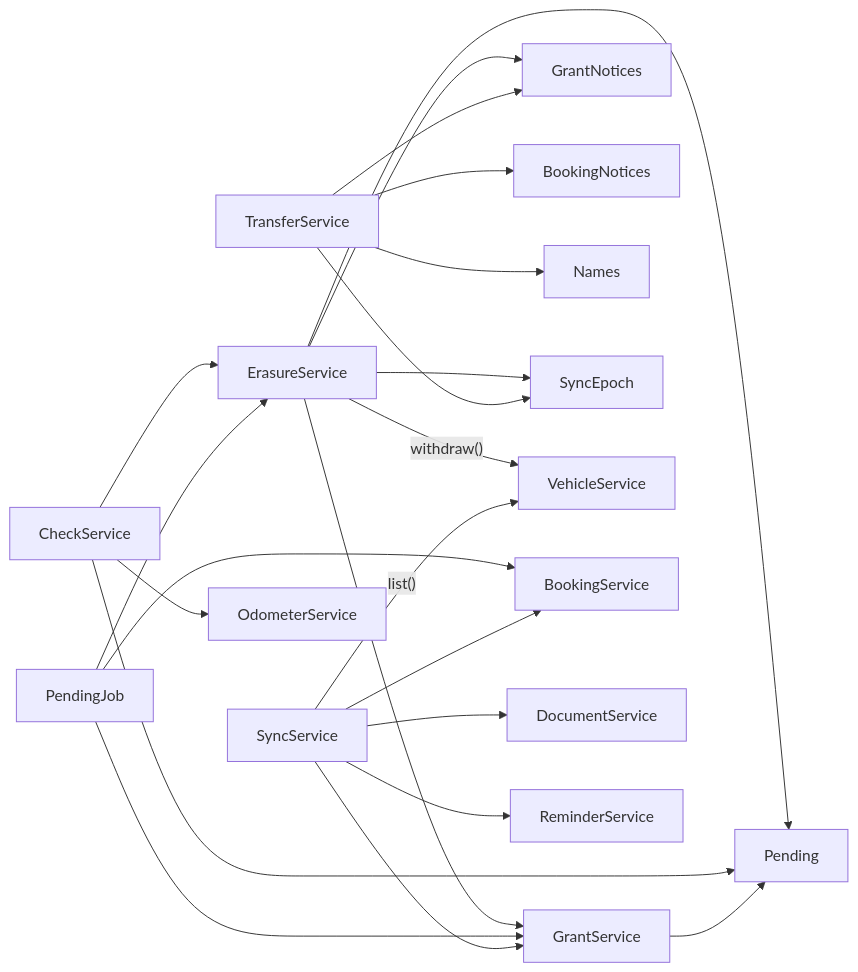
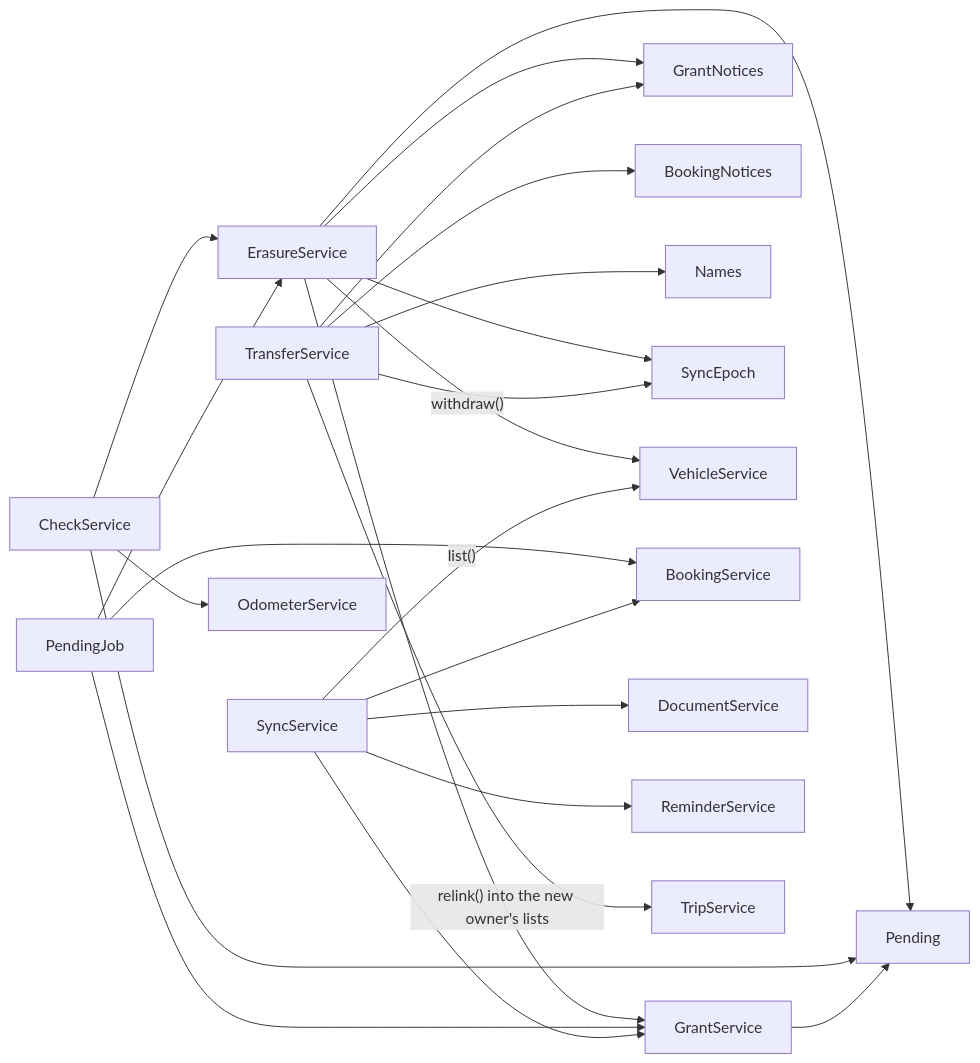
Before and after one commit to typical42/next-fleet: the seventh of 12 diagrams in docs/design/components.md, drawn with Mermaid. The commit also changed other lines of this file and 205 other files, not shown here.

````diff
--- a/docs/design/components.md
+++ b/docs/design/components.md
@@ -195,27 +231,29 @@
 ```mermaid
 flowchart LR
     Erasure["ErasureService"]
     Transfer["TransferService"]
     Check["CheckService"]
     Sync["SyncService"]
     PendingJob["PendingJob"]
     Grant["GrantService"]
     GrantNotices["GrantNotices"]
     BookingNotices["BookingNotices"]
     Names["Names"]
     Pending["Pending"]
     Epoch["SyncEpoch"]
     Vehicle["VehicleService"]
     Odometer["OdometerService"]
     Booking["BookingService"]
     Document["DocumentService"]
     Reminder["ReminderService"]
+    Trip["TripService"]
     Erasure --> Grant & GrantNotices & Pending & Epoch
     Erasure -->|"withdraw()"| Vehicle
     Transfer --> GrantNotices & BookingNotices & Names & Epoch
+    Transfer -->|"relink() into the new owner's lists"| Trip
     Check --> Erasure & Odometer & Pending
     Grant --> Pending
     PendingJob --> Erasure & Grant & Booking
     Sync -->|"list()"| Vehicle
     Sync --> Grant & Booking & Document & Reminder
 ```
````
